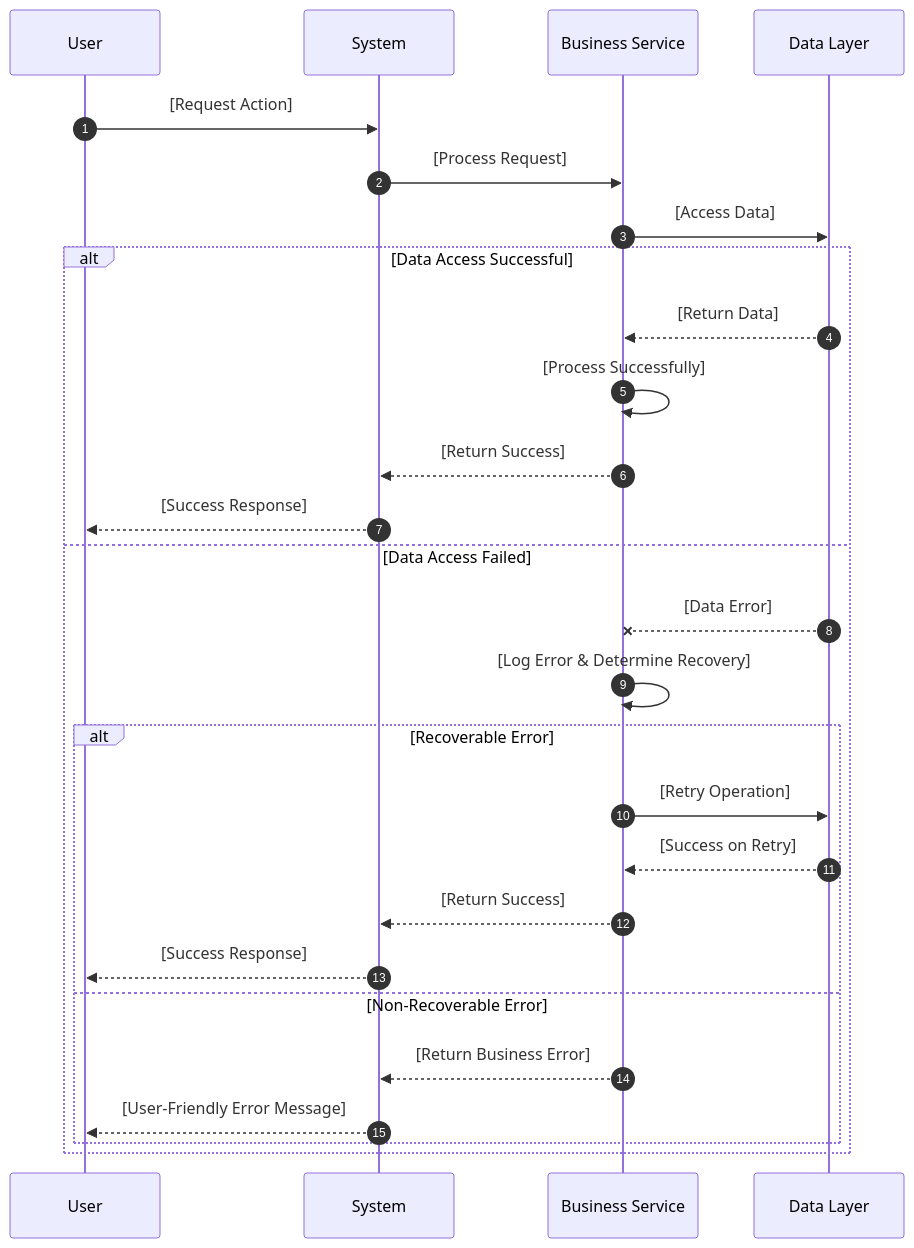
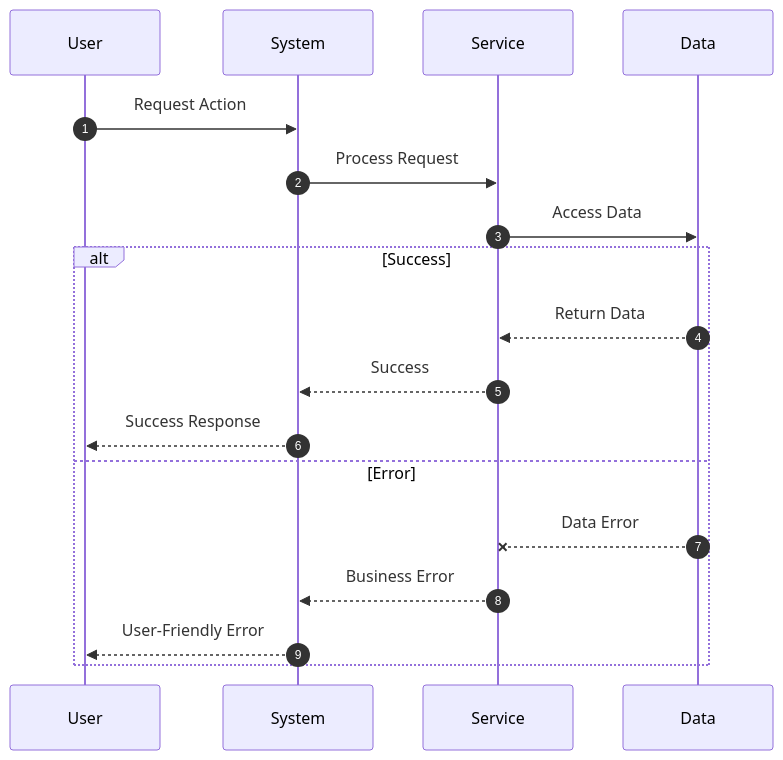
Before and after one commit to frostaura/ai.toolkit.gaia: the third of 5 diagrams in .gaia/designs/3-sequence.md, drawn with Mermaid. The commit also changed other lines of this file and 4 other files, not shown here.

````diff
--- a/.gaia/designs/3-sequence.md
+++ b/.gaia/designs/3-sequence.md
@@ -105,33 +69,22 @@
 ```mermaid
 sequenceDiagram
     autonumber
-    participant User as User
-    participant System as System
-    participant Service as Business Service
-    participant Data as Data Layer
+    participant User
+    participant System
+    participant Service
+    participant Data
 
-    User->>System: [Request Action]
-    System->>Service: [Process Request]
+    User->>System: Request Action
+    System->>Service: Process Request
+    Service->>Data: Access Data
     
-    Service->>Data: [Access Data]
-    
-    alt Data Access Successful
-        Data-->>Service: [Return Data]
-        Service->>Service: [Process Successfully]
-        Service-->>System: [Return Success]
-        System-->>User: [Success Response]
-    else Data Access Failed
-        Data--xService: [Data Error]
-        Service->>Service: [Log Error & Determine Recovery]
-        
-        alt Recoverable Error
-            Service->>Data: [Retry Operation]
-            Data-->>Service: [Success on Retry]
-            Service-->>System: [Return Success]
-            System-->>User: [Success Response]
-        else Non-Recoverable Error
-            Service-->>System: [Return Business Error]
-            System-->>User: [User-Friendly Error Message]
-        end
+    alt Success
+        Data-->>Service: Return Data
+        Service-->>System: Success
+        System-->>User: Success Response
+    else Error
+        Data--xService: Data Error
+        Service-->>System: Business Error
+        System-->>User: User-Friendly Error
     end
 ```
````
